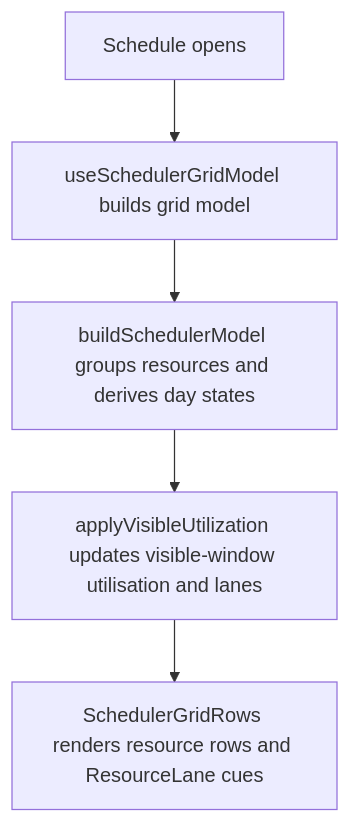
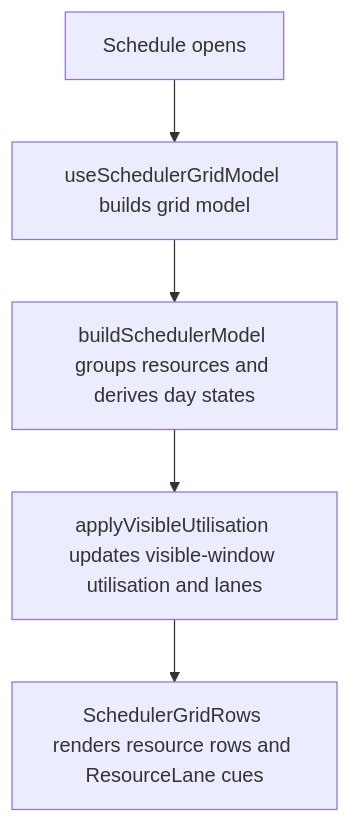
One commit to Kevinjohn/capacitylens changed the second of 2 diagrams in user-stories/scheduler/US-SCH-01-grouped-capacity-cues.md. Above: the diagram before and after it, drawn with Mermaid. The commit also changed 48 other files, not shown here.

````diff
--- a/user-stories/scheduler/US-SCH-01-grouped-capacity-cues.md
+++ b/user-stories/scheduler/US-SCH-01-grouped-capacity-cues.md
@@ -34,7 +34,7 @@
 ```mermaid
 flowchart TD
   A["Schedule opens"] --> B["useSchedulerGridModel builds grid model"]
   B --> C["buildSchedulerModel groups resources and derives day states"]
-  C --> D["applyVisibleUtilization updates visible-window utilisation and lanes"]
+  C --> D["applyVisibleUtilisation updates visible-window utilisation and lanes"]
   D --> E["SchedulerGridRows renders resource rows and ResourceLane cues"]
 ```
````
